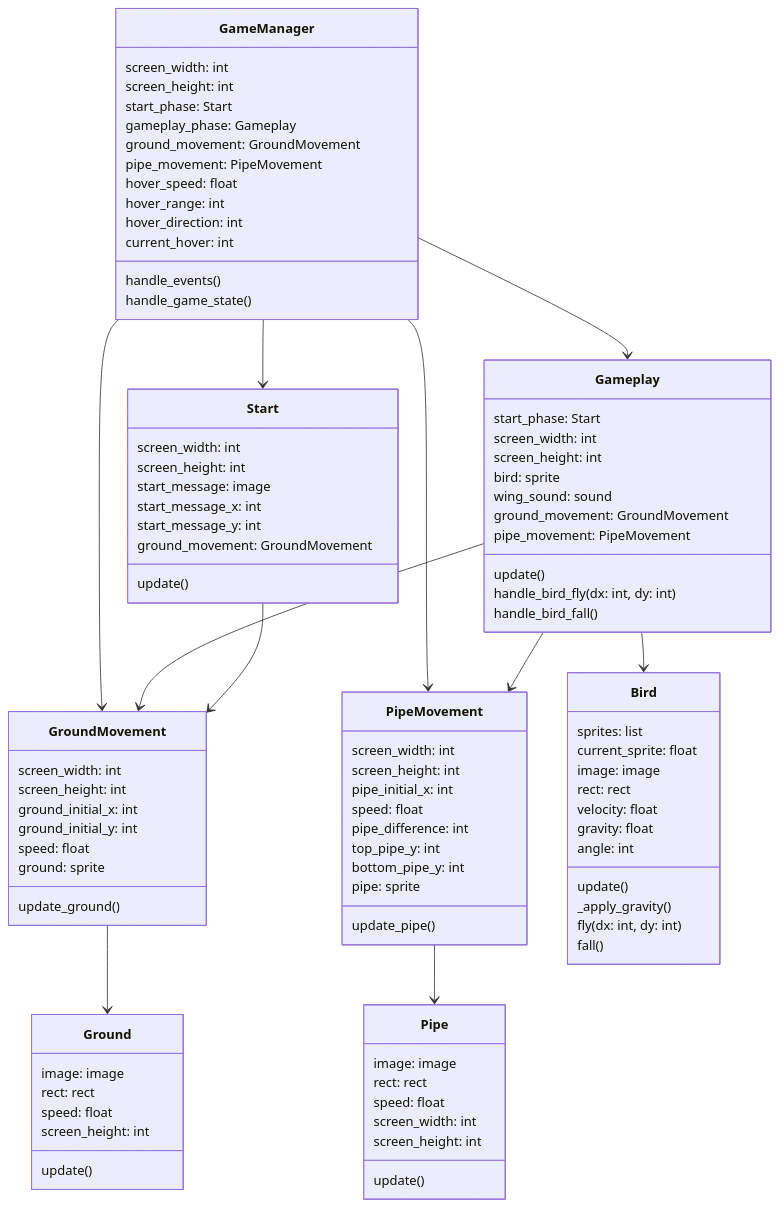
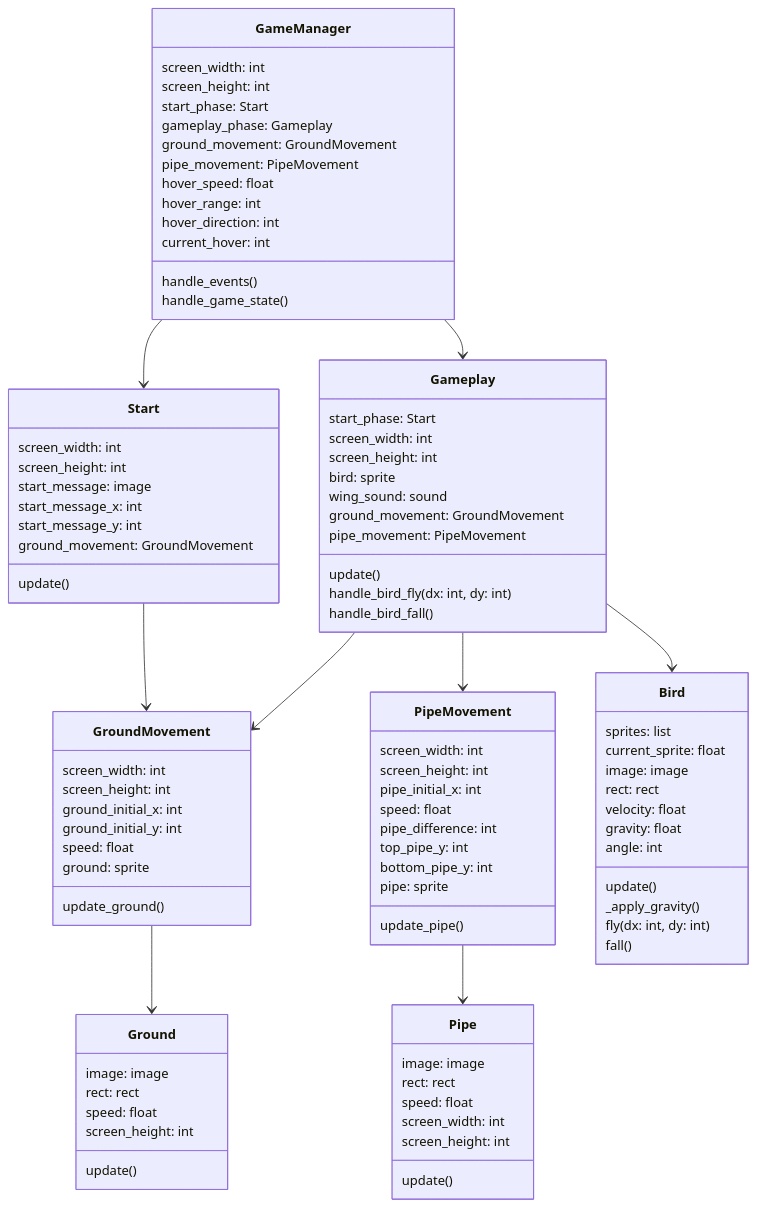
Before and after one commit to LerkkaP/flappy-bird: the diagram in dokumentaatio/arkkitehtuuri.md, drawn with Mermaid. The commit also changed 3 other files, not shown here.

Commit message:
move collision detection to gameplay.py and update architectural description

```diff
--- a/dokumentaatio/arkkitehtuuri.md
+++ b/dokumentaatio/arkkitehtuuri.md
@@ -6,8 +6,6 @@
 classDiagram
     GameManager --> Start
     GameManager --> Gameplay
-    GameManager --> GroundMovement
-    GameManager --> PipeMovement
 
     Gameplay --> GroundMovement
     Gameplay --> PipeMovement
```
